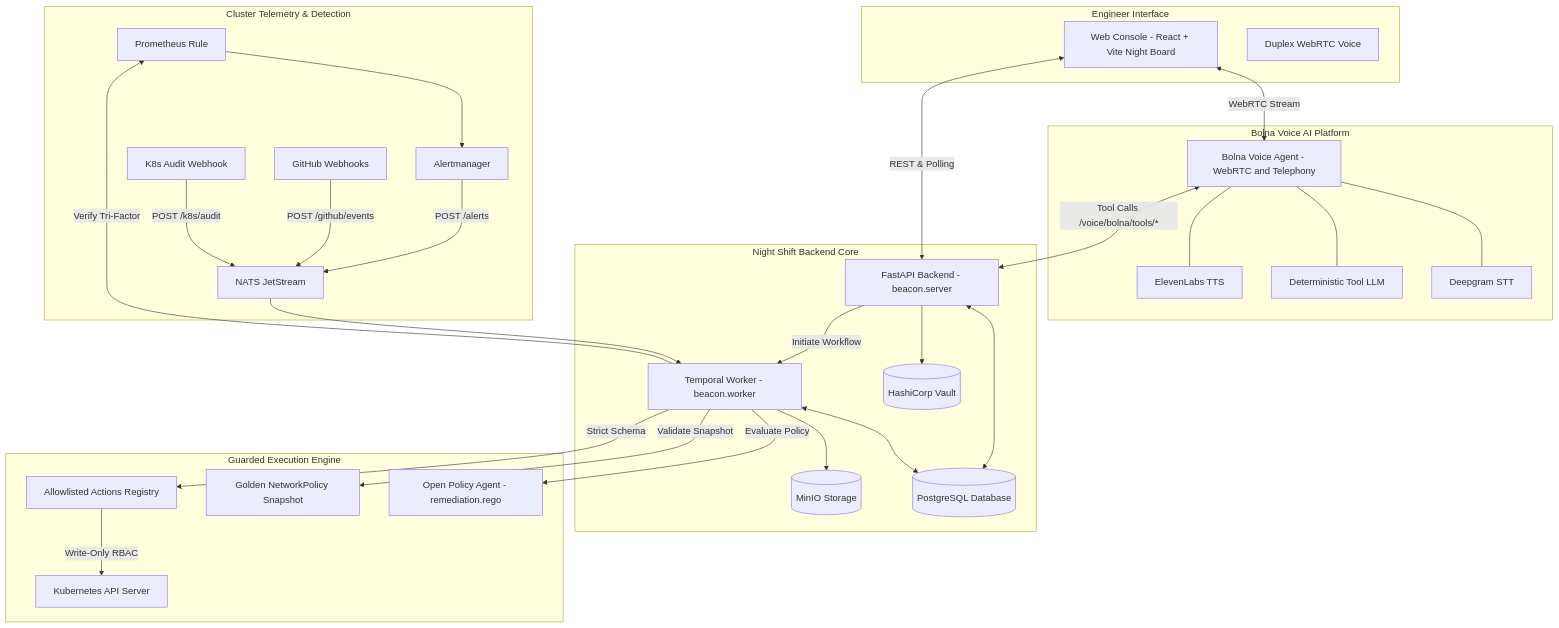
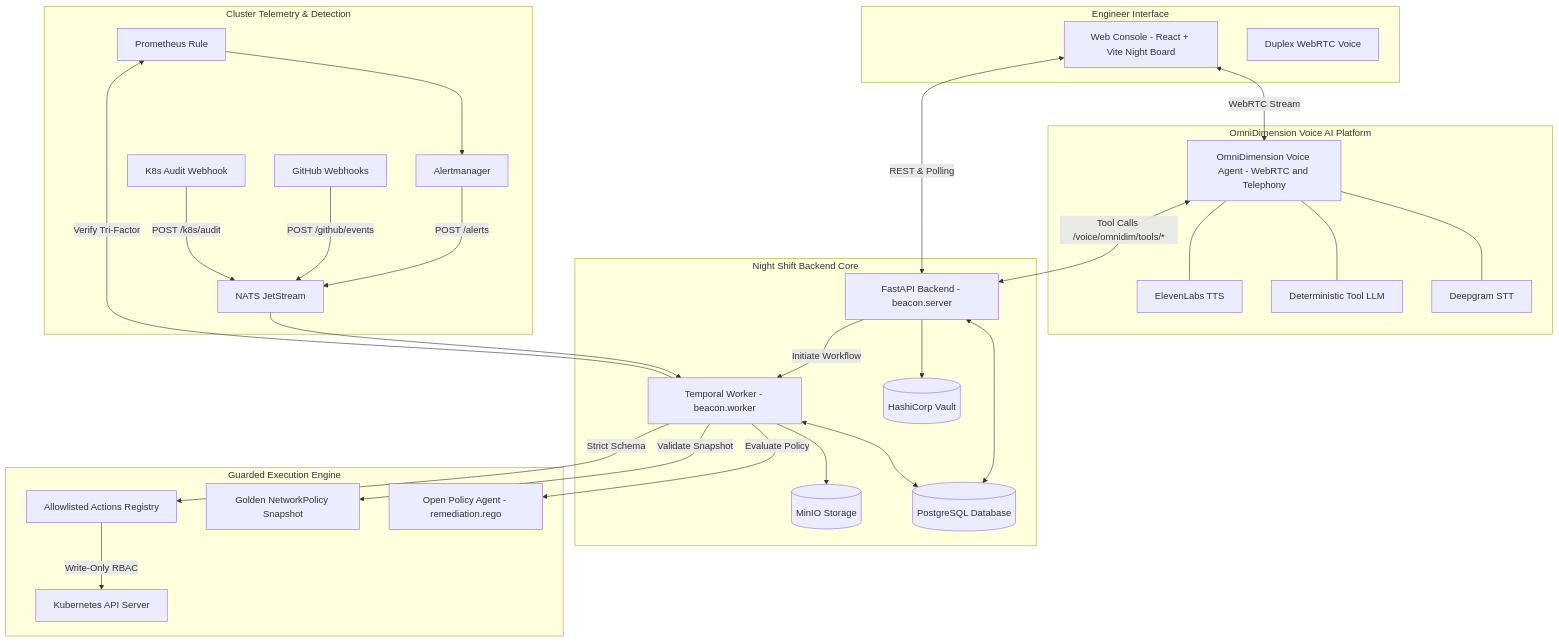
The first of 3 diagrams in README.md (victrvondoom/Night-Shift), drawn with Mermaid before and after one commit. The commit also changed other lines of this file and 89 other files, not shown here.

First line of the commit message:
Night Shift: one-incident proof (Pathway, Tavily, Bifrost, OmniDimension)

````diff
--- a/README.md
+++ b/README.md
@@ -37,55 +40,55 @@
 ```mermaid
 flowchart TD
     subgraph Observability["Cluster Telemetry & Detection"]
         PROM["Prometheus Rule"] --> ALERTMGR["Alertmanager"]
         ALERTMGR -->|"POST /alerts"| NATS["NATS JetStream"]
         K8S_AUDIT["K8s Audit Webhook"] -->|"POST /k8s/audit"| NATS
         GH_HOOK["GitHub Webhooks"] -->|"POST /github/events"| NATS
     end
 
     subgraph Core["Night Shift Backend Core"]
         NATS --> WORKER["Temporal Worker - beacon.worker"]
         API["FastAPI Backend - beacon.server"]
         PG[("PostgreSQL Database")]
         VAULT[("HashiCorp Vault")]
         MINIO[("MinIO Storage")]
         
         API <--> PG
         WORKER <--> PG
         WORKER --> MINIO
         API --> VAULT
     end
 
-    subgraph VoiceAI["Bolna Voice AI Platform"]
-        BOLNA["Bolna Voice Agent - WebRTC and Telephony"]
+    subgraph VoiceAI["OmniDimension Voice AI Platform"]
+        OMNIDIM["OmniDimension Voice Agent - WebRTC and Telephony"]
         STT["Deepgram STT"]
         LLM["Deterministic Tool LLM"]
         TTS["ElevenLabs TTS"]
-        BOLNA --- STT
-        BOLNA --- LLM
-        BOLNA --- TTS
+        OMNIDIM --- STT
+        OMNIDIM --- LLM
+        OMNIDIM --- TTS
     end
 
     subgraph UI["Engineer Interface"]
         BROWSER["Web Console - React + Vite Night Board"]
         AUDIO["Duplex WebRTC Voice"]
     end
 
     subgraph Safety["Guarded Execution Engine"]
         OPA["Open Policy Agent - remediation.rego"]
         GOLDEN["Golden NetworkPolicy Snapshot"]
         ALLOWLIST["Allowlisted Actions Registry"]
         K8S_API["Kubernetes API Server"]
     end
 
     %% Connections
-    BROWSER <-->|"WebRTC Stream"| BOLNA
-    BOLNA <-->|"Tool Calls /voice/bolna/tools/*"| API
+    BROWSER <-->|"WebRTC Stream"| OMNIDIM
+    OMNIDIM <-->|"Tool Calls /voice/omnidim/tools/*"| API
     BROWSER <-->|"REST & Polling"| API
     API -->|"Initiate Workflow"| WORKER
     WORKER -->|"Evaluate Policy"| OPA
     WORKER -->|"Validate Snapshot"| GOLDEN
     WORKER -->|"Strict Schema"| ALLOWLIST
     ALLOWLIST -->|"Write-Only RBAC"| K8S_API
     WORKER -->|"Verify Tri-Factor"| PROM
 ```
````
